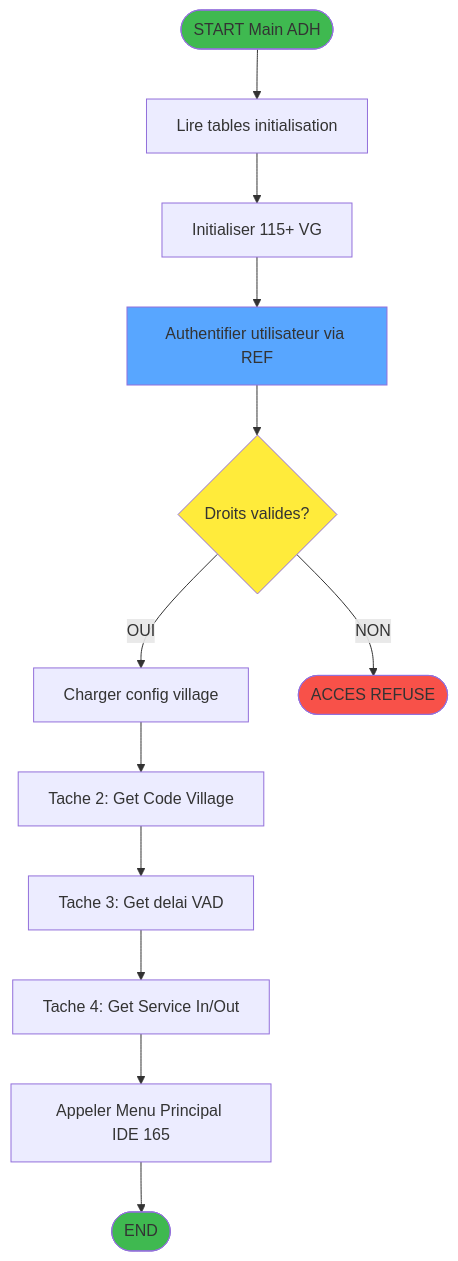
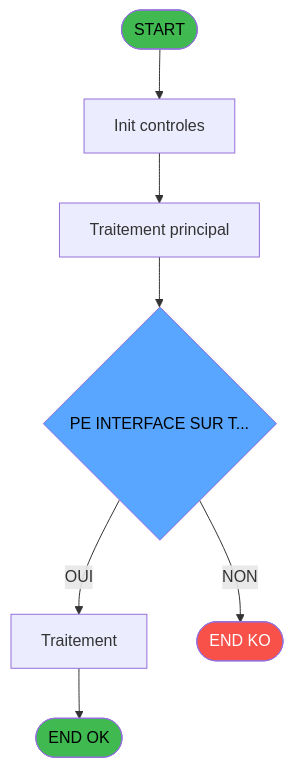
Before and after one commit to thonyAGP/magic-migration: the first of 3 diagrams in .openspec/specs/ADH-IDE-1.md, drawn with Mermaid. The commit also changed other lines of this file and 493 other files, not shown here.

````diff
--- a/.openspec/specs/ADH-IDE-1.md
+++ b/.openspec/specs/ADH-IDE-1.md
@@ -132,25 +125,20 @@
 ```mermaid
 flowchart TD
-    START([START Main ADH])
-    READ_INI[Lire tables initialisation]
-    INIT_VG[Initialiser 115+ VG]
-    AUTH[Authentifier utilisateur via REF]
-    CHECK_DROITS{Droits valides?}
-    LOAD_CONFIG[Charger config village]
-    CALL_VILLAGE[Tache 2: Get Code Village]
-    CALL_VAD[Tache 3: Get delai VAD]
-    CALL_SERVICE[Tache 4: Get Service In/Out]
-    CALL_MENU[Appeler Menu Principal IDE 165]
-    ENDOK([END])
-    ENDERROR([ACCES REFUSE])
+    START([START])
+    INIT[Init controles]
+    SAISIE[Traitement principal]
+    DECISION{PE INTERFACE SUR T...}
+    PROCESS[Traitement]
+    ENDOK([END OK])
+    ENDKO([END KO])
 
-    START --> READ_INI --> INIT_VG --> AUTH --> CHECK_DROITS
-    CHECK_DROITS -->|OUI| LOAD_CONFIG --> CALL_VILLAGE --> CALL_VAD --> CALL_SERVICE --> CALL_MENU --> ENDOK
-    CHECK_DROITS -->|NON| ENDERROR
+    START --> INIT --> SAISIE --> DECISION
+    DECISION -->|OUI| PROCESS
+    DECISION -->|NON| ENDKO
+    PROCESS --> ENDOK
 
-    style START fill:#3fb950
-    style ENDOK fill:#3fb950
-    style ENDERROR fill:#f85149
-    style AUTH fill:#58a6ff
-    style CHECK_DROITS fill:#ffeb3b
+    style START fill:#3fb950,color:#000
+    style ENDOK fill:#3fb950,color:#000
+    style ENDKO fill:#f85149,color:#fff
+    style DECISION fill:#58a6ff,color:#000
 ```
````
